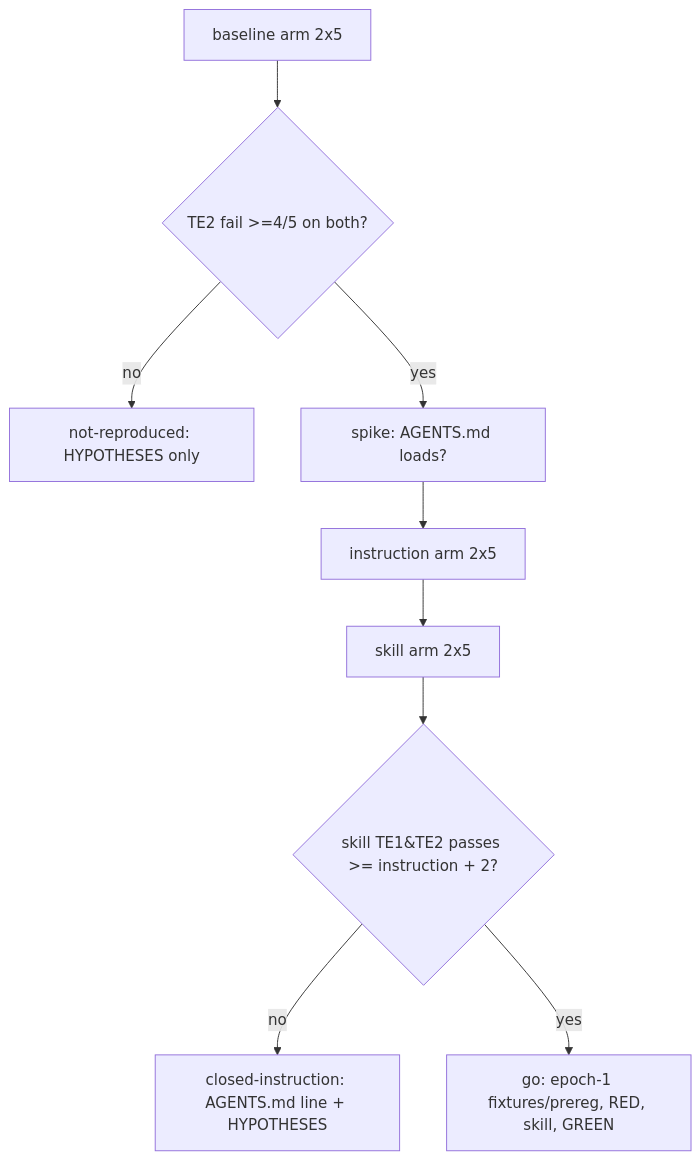
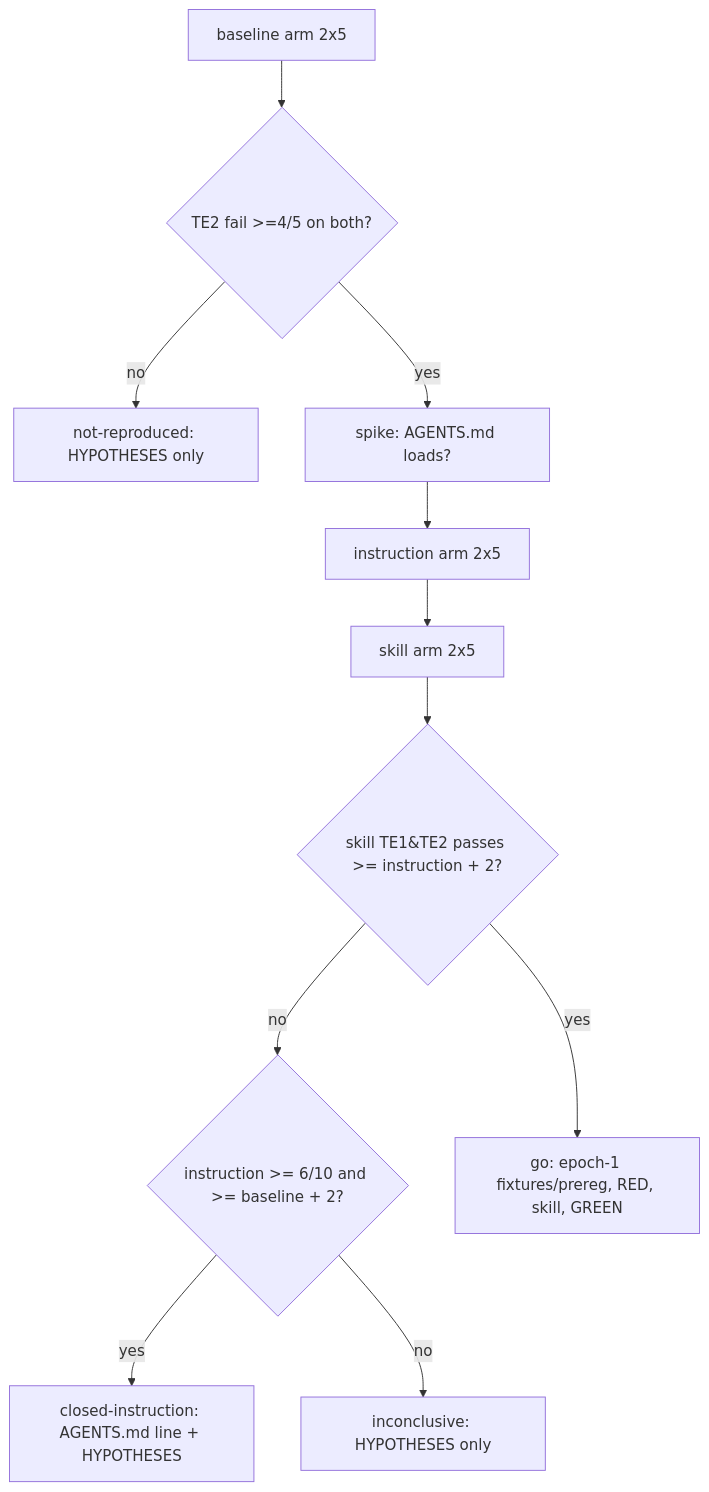
The second of 2 diagrams in docs/plans/2026-10-24-001-feat-tether-method-plan.md (marcusrbrown/metacogs), drawn with Mermaid before and after one commit. The commit also changed other lines of this file and 2 other files, not shown here.

Commit message:
docs(plan): judge all assistant text, instruction efficacy floor, inconclusive exit, pilot prereg rule

````diff
--- a/docs/plans/2026-10-24-001-feat-tether-method-plan.md
+++ b/docs/plans/2026-10-24-001-feat-tether-method-plan.md
@@ -172,8 +173,10 @@
 ```mermaid
 flowchart TD
   B[baseline arm 2x5] --> Q{TE2 fail >=4/5 on both?}
   Q -- no --> NR[not-reproduced: HYPOTHESES only]
   Q -- yes --> SP[spike: AGENTS.md loads?] --> I[instruction arm 2x5] --> S[skill arm 2x5] --> R{skill TE1&TE2 passes >= instruction + 2?}
-  R -- no --> CI[closed-instruction: AGENTS.md line + HYPOTHESES]
+  R -- no --> E{instruction >= 6/10 and >= baseline + 2?}
+  E -- yes --> CI[closed-instruction: AGENTS.md line + HYPOTHESES]
+  E -- no --> INC[inconclusive: HYPOTHESES only]
   R -- yes --> GO[go: epoch-1 fixtures/prereg, RED, skill, GREEN]
 ```
````
